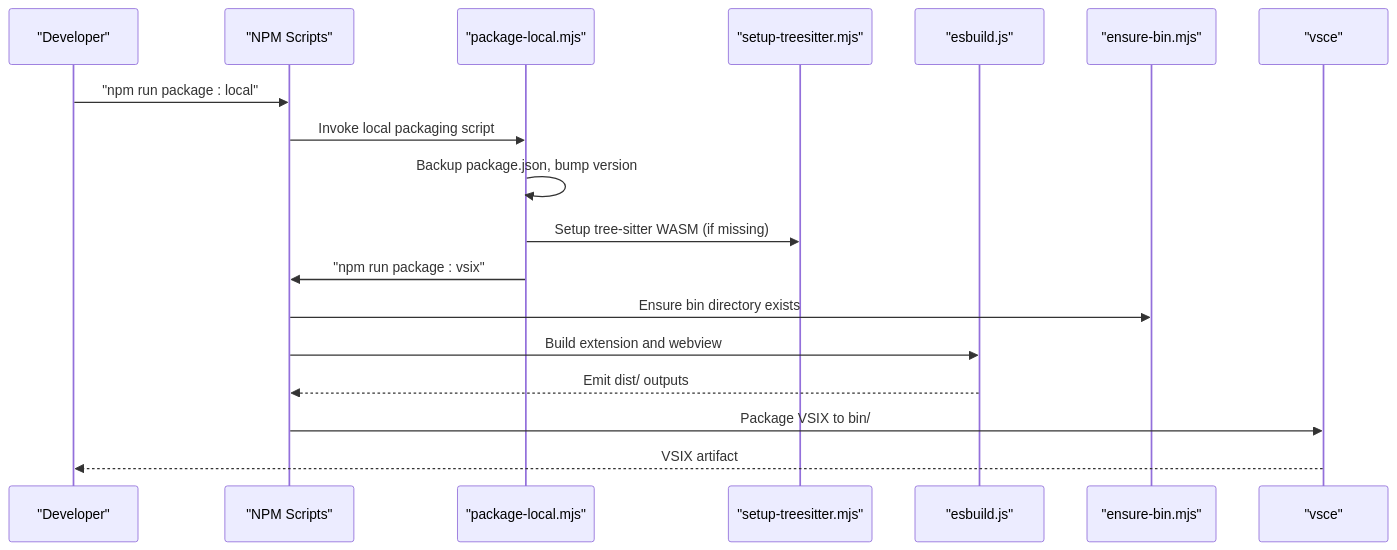
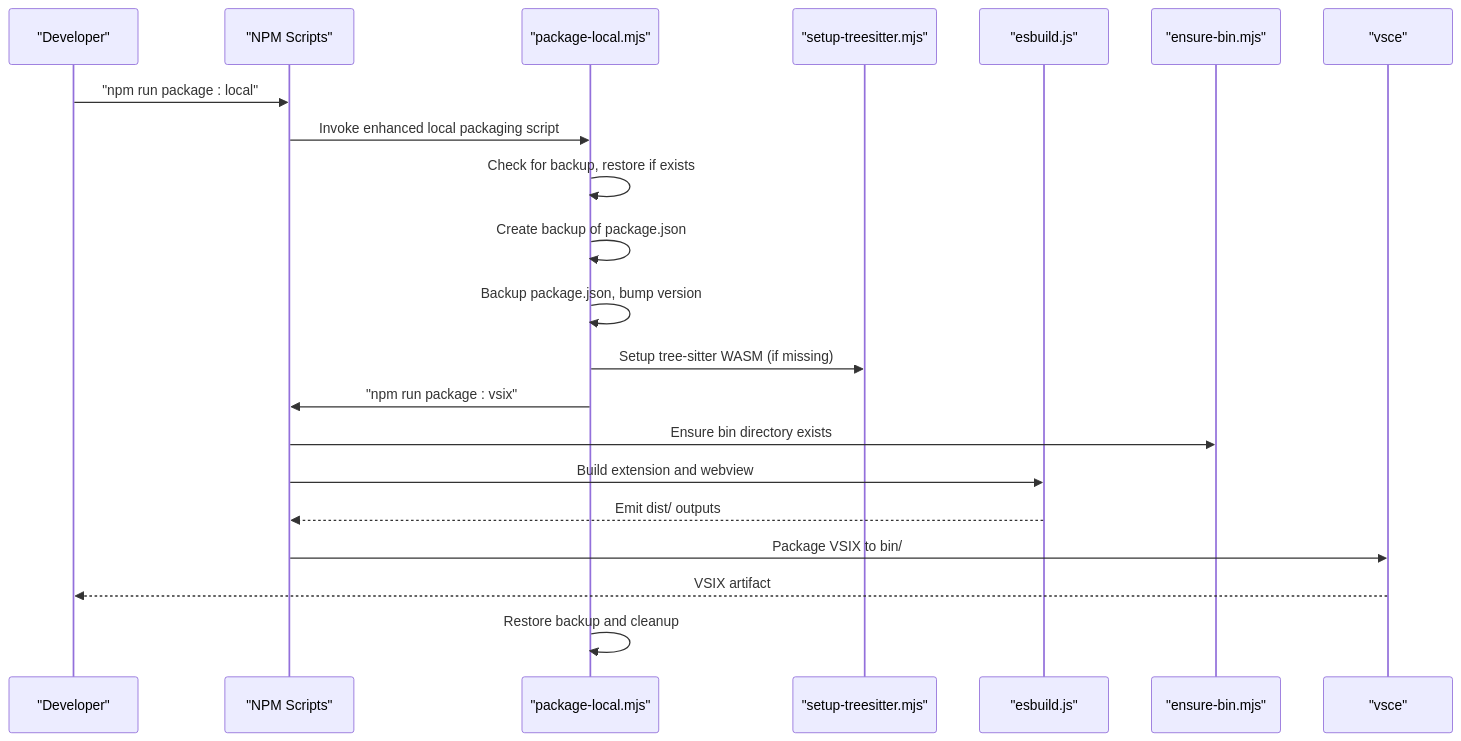
One commit to bramburn/repomix-runner changed the second of 3 diagrams in .qoder/repowiki/en/content/Build and Deployment/VSIX Packaging and Release.md. Above: the diagram before and after it, drawn with Mermaid. The commit also changed other lines of this file and 17 other files, not shown here.

````diff
--- a/.qoder/repowiki/en/content/Build and Deployment/VSIX Packaging and Release.md
+++ b/.qoder/repowiki/en/content/Build and Deployment/VSIX Packaging and Release.md
@@ -88,20 +96,23 @@
 ```mermaid
 sequenceDiagram
 participant Dev as "Developer"
 participant NPM as "NPM Scripts"
 participant PL as "package-local.mjs"
 participant TS as "setup-treesitter.mjs"
 participant EB as "esbuild.js"
 participant BIN as "ensure-bin.mjs"
 participant VSCE as "vsce"
 Dev->>NPM : "npm run package : local"
-NPM->>PL : Invoke local packaging script
+NPM->>PL : Invoke enhanced local packaging script
+PL->>PL : Check for backup, restore if exists
+PL->>PL : Create backup of package.json
 PL->>PL : Backup package.json, bump version
 PL->>TS : Setup tree-sitter WASM (if missing)
 PL->>NPM : "npm run package : vsix"
 NPM->>BIN : Ensure bin directory exists
 NPM->>EB : Build extension and webview
 EB-->>NPM : Emit dist/ outputs
 NPM->>VSCE : Package VSIX to bin/
 VSCE-->>Dev : VSIX artifact
+PL->>PL : Restore backup and cleanup
 ```
````
